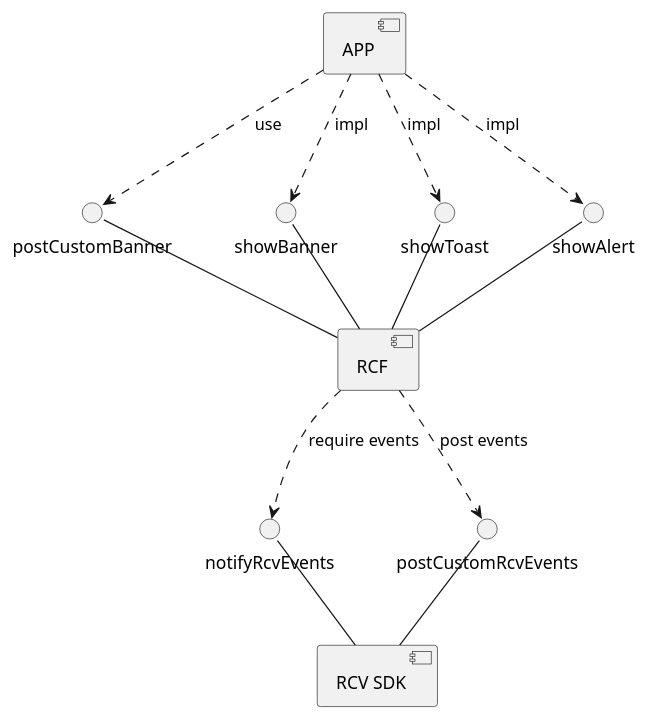
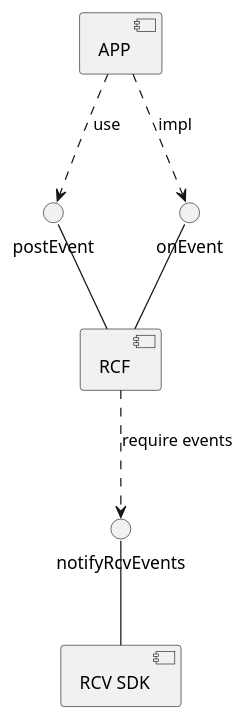
One commit to DarkSherlock/PlantUML changed the diagram in uml/event/RoomsEventComponentDiagram.puml. Above: the diagram before and after it, drawn with PlantUML. The commit also changed 3 other files, not shown here.

Commit message:
update events diagram

```diff
--- a/uml/event/RoomsEventComponentDiagram.puml
+++ b/uml/event/RoomsEventComponentDiagram.puml
@@ -1,24 +1,16 @@
 @startuml
 'https://plantuml.com/component-diagram
 
 interface notifyRcvEvents as NRCV
-interface postCustomRcvEvents as PCRCV
-interface postCustomBanner as PCB
-interface showBanner as SB
-interface showToast as ST
-interface showAlert as SA
+interface postEvent
+interface onEvent
 
 NRCV -d- [RCV SDK]
-PCRCV -d- [RCV SDK]
-PCB -d- [RCF]
-SB -d- [RCF]
-ST -d- [RCF]
-SA -d- [RCF]
+postEvent -d- [RCF]
+onEvent -d- [RCF]
 
-[APP] ..> SB: impl
-[APP] ..> ST: impl
-[APP] ..> SA: impl
-[APP] ..> PCB: use
+
+[APP] ..> onEvent: impl
+[APP] ..> postEvent: use
 [RCF] ..> NRCV: require events
-[RCF] ..> PCRCV: post events
 @enduml
```
